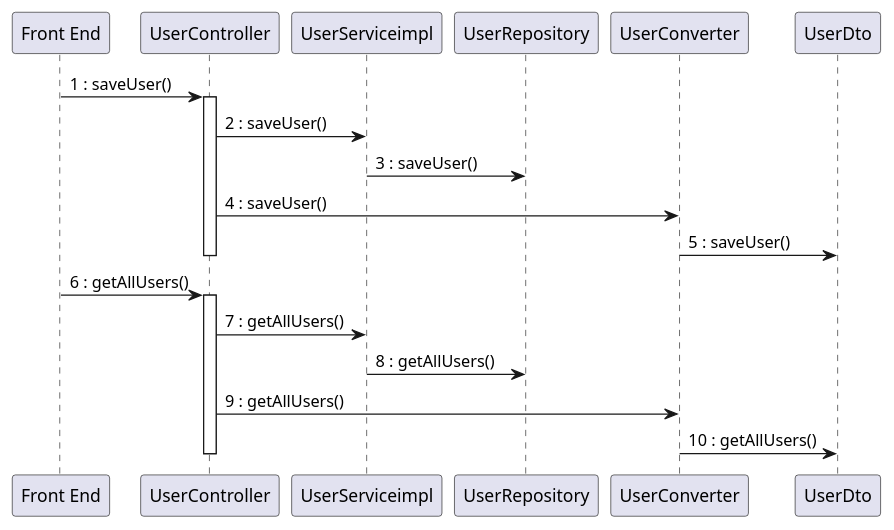
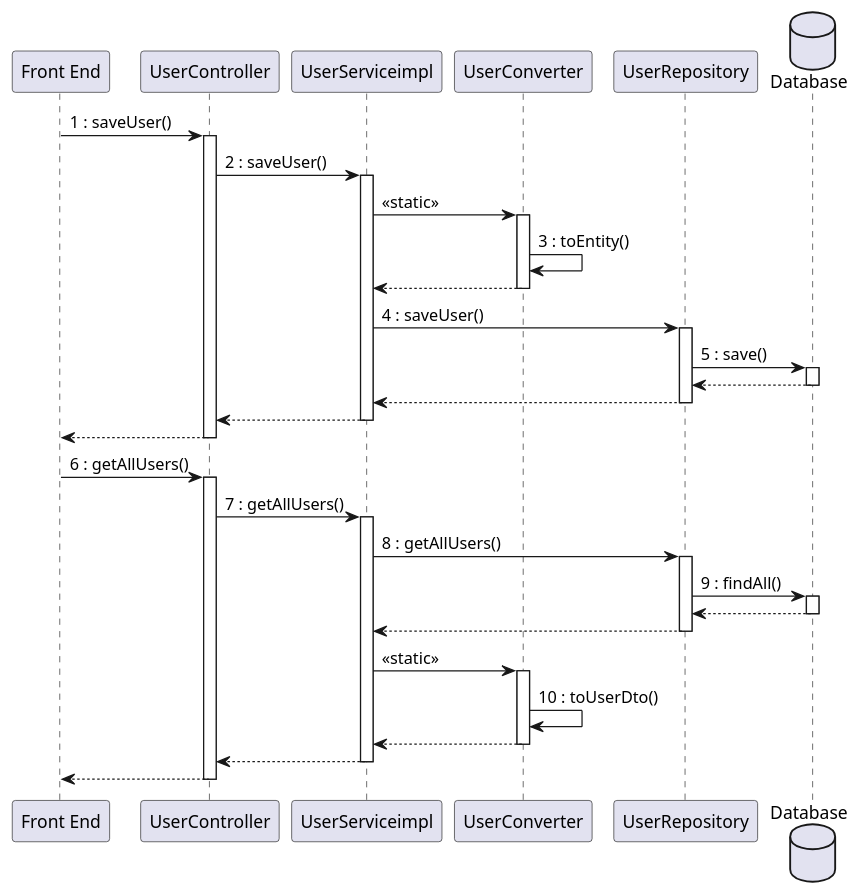
The fifth of 15 diagrams in docs/DesignDocument.md (mosTavassoli/ezgas), drawn with PlantUML before and after one commit. The commit also changed other lines of this file, not shown here.

Commit message:
docs(DesignDocument): edit sequence diagrams

````diff
--- a/docs/DesignDocument.md
+++ b/docs/DesignDocument.md
@@ -476,24 +479,36 @@
 ```plantuml
+database Database order 30
 "Front End" -> UserController:1 : saveUser()
 activate UserController
 UserController -> UserServiceimpl:2 : saveUser()
-
-UserServiceimpl -> UserRepository:3 : saveUser()
-
-UserController -> UserConverter:4 : saveUser()
-
-UserConverter -> UserDto:5 : saveUser()
-deactivate UserController
+activate UserServiceimpl
+UserServiceimpl -> UserConverter:<<static>>
+activate UserConverter
+UserConverter -> UserConverter:3 : toEntity()
+return
+UserServiceimpl -> UserRepository:4 : saveUser()
+activate UserRepository
+UserRepository -> Database:5 : save()
+activate Database
+return
+return
+return
+return
 
 "Front End" -> UserController:6 : getAllUsers()
 activate UserController
-
 UserController -> UserServiceimpl:7 : getAllUsers()
-
+activate UserServiceimpl
 UserServiceimpl -> UserRepository:8 : getAllUsers()
-
-UserController -> UserConverter:9 : getAllUsers()
-
-UserConverter -> UserDto:10 : getAllUsers()
-deactivate UserController
+activate UserRepository
+UserRepository -> Database:9 : findAll()
+activate Database
+return
+return
+UserServiceimpl -> UserConverter:<<static>>
+activate UserConverter
+UserConverter -> UserConverter:10 : toUserDto()
+return
+return
+return
 ```
````
